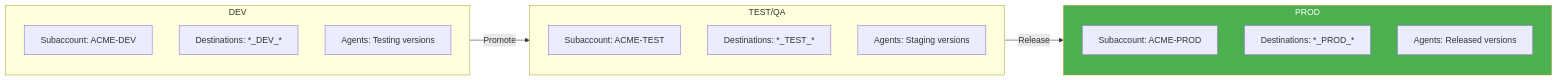
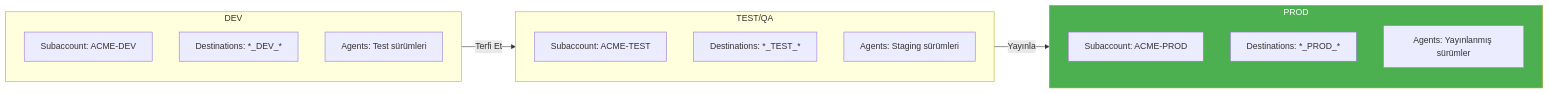
Before and after one commit to beyhanmeyrali/sap-all: the first of 9 diagrams in Technical Tutorials/BTP/TR/chapters/11-agent-lifecycle.md, drawn with Mermaid. The commit also changed other lines of this file and 11 other files, not shown here.

````diff
--- a/Technical Tutorials/BTP/TR/chapters/11-agent-lifecycle.md
+++ b/Technical Tutorials/BTP/TR/chapters/11-agent-lifecycle.md
@@ -15,25 +15,25 @@
 ```mermaid
 graph LR
     subgraph "DEV"
         D_SUB[Subaccount: ACME-DEV]
         D_DEST[Destinations: *_DEV_*]
-        D_AG[Agents: Testing versions]
+        D_AG[Agents: Test sürümleri]
     end
 
     subgraph "TEST/QA"
         T_SUB[Subaccount: ACME-TEST]
         T_DEST[Destinations: *_TEST_*]
-        T_AG[Agents: Staging versions]
+        T_AG[Agents: Staging sürümleri]
     end
 
     subgraph "PROD"
         P_SUB[Subaccount: ACME-PROD]
         P_DEST[Destinations: *_PROD_*]
-        P_AG[Agents: Released versions]
+        P_AG[Agents: Yayınlanmış sürümler]
     end
 
-    DEV --> |"Promote"| TEST/QA
-    TEST/QA --> |"Release"| PROD
+    DEV --> |"Terfi Et"| TEST/QA
+    TEST/QA --> |"Yayınla"| PROD
 
     style PROD fill:#4CAF50,color:white
 ```
````
